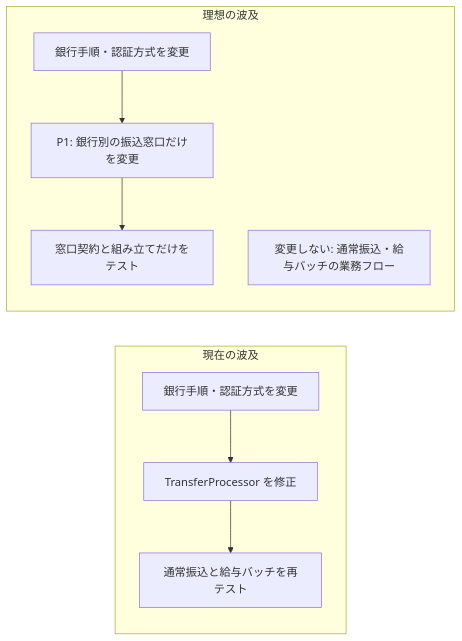
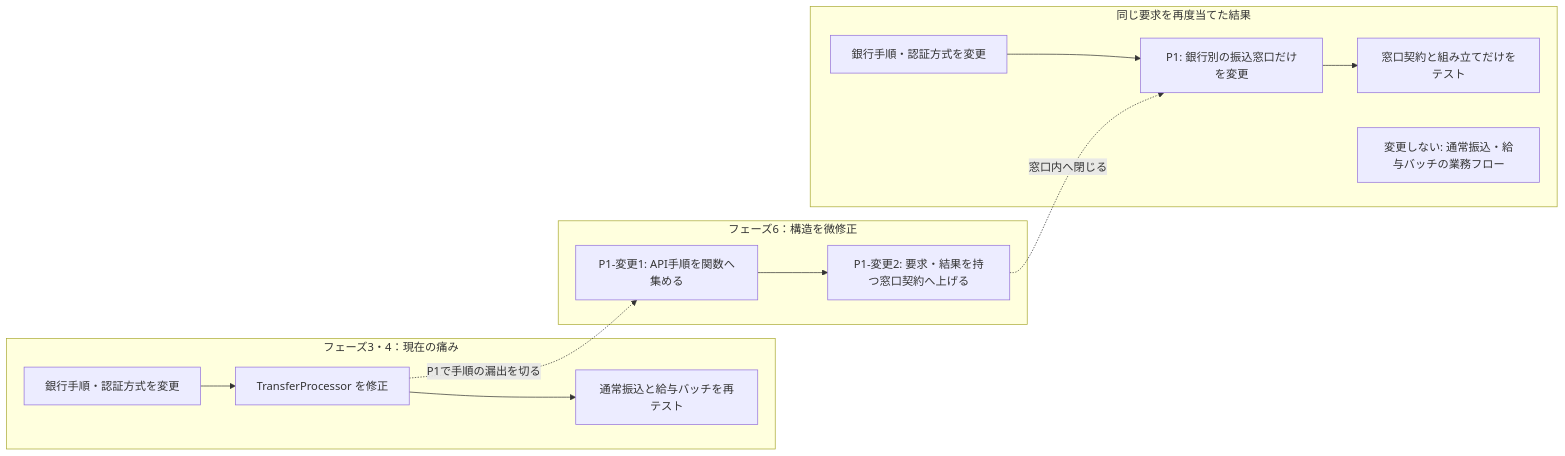
One commit to kumachan1101-pixel/DesignPattern changed the fifth of 12 diagrams in kindle/design-patterns/output/chapter02.md. Above: the diagram before and after it, drawn with Mermaid. The commit also changed other lines of this file and 22 other files, not shown here.

````diff
--- a/kindle/design-patterns/output/chapter02.md
+++ b/kindle/design-patterns/output/chapter02.md
@@ -1043,12 +1043,17 @@
 ```mermaid
 flowchart LR
-    subgraph Current["現在の波及"]
+    subgraph Pain["フェーズ3・4：現在の痛み"]
         CR["銀行手順・認証方式を変更"] --> C1["TransferProcessor を修正"]
         C1 --> C2["通常振込と給与バッチを再テスト"]
     end
-    subgraph Ideal["理想の波及"]
+    subgraph StructuralChange["フェーズ6：構造を微修正"]
+        S1["P1-変更1: API手順を関数へ集める"] --> S2["P1-変更2: 要求・結果を持つ窓口契約へ上げる"]
+    end
+    subgraph Result["同じ要求を再度当てた結果"]
         IR["銀行手順・認証方式を変更"] --> I1["P1: 銀行別の振込窓口だけを変更"]
         I1 --> I2["窓口契約と組み立てだけをテスト"]
         IS["変更しない: 通常振込・給与バッチの業務フロー"]
     end
+    C1 -. "P1で手順の漏出を切る" .-> S1
+    S2 -. "窓口内へ閉じる" .-> I1
 ```
````
